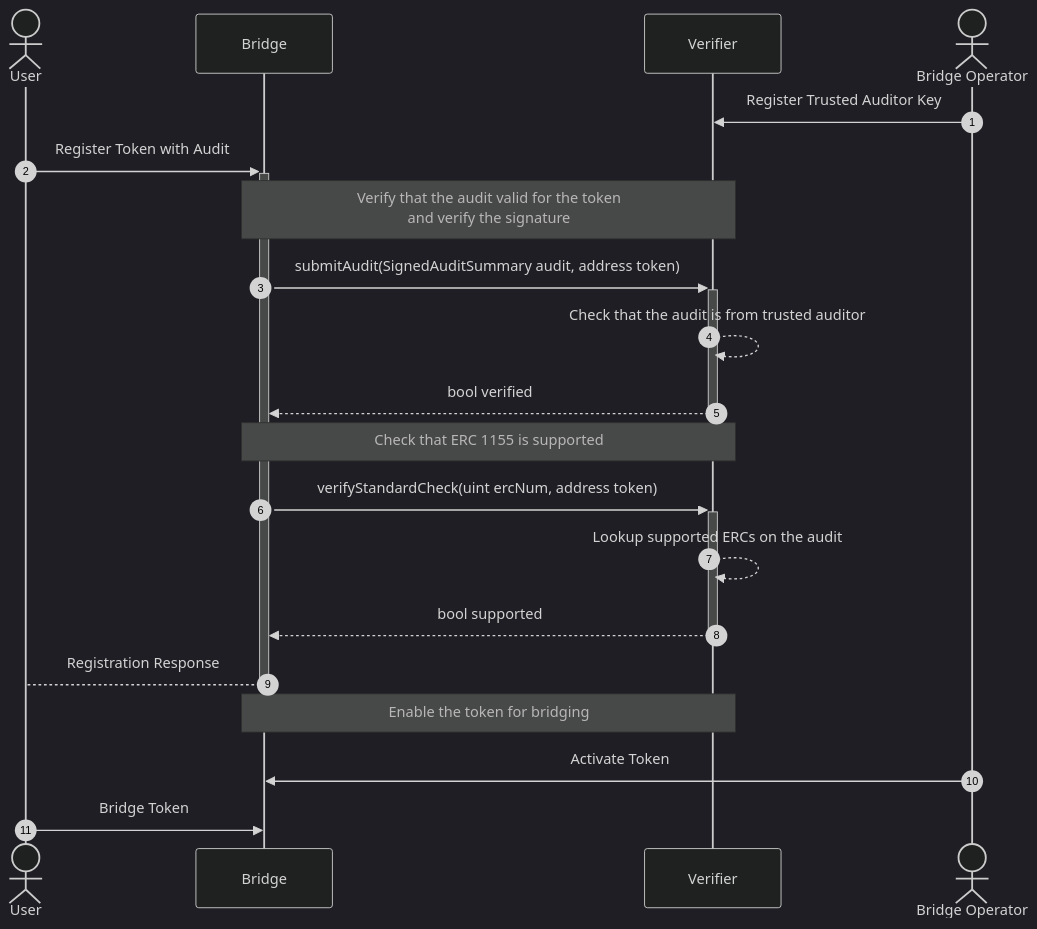
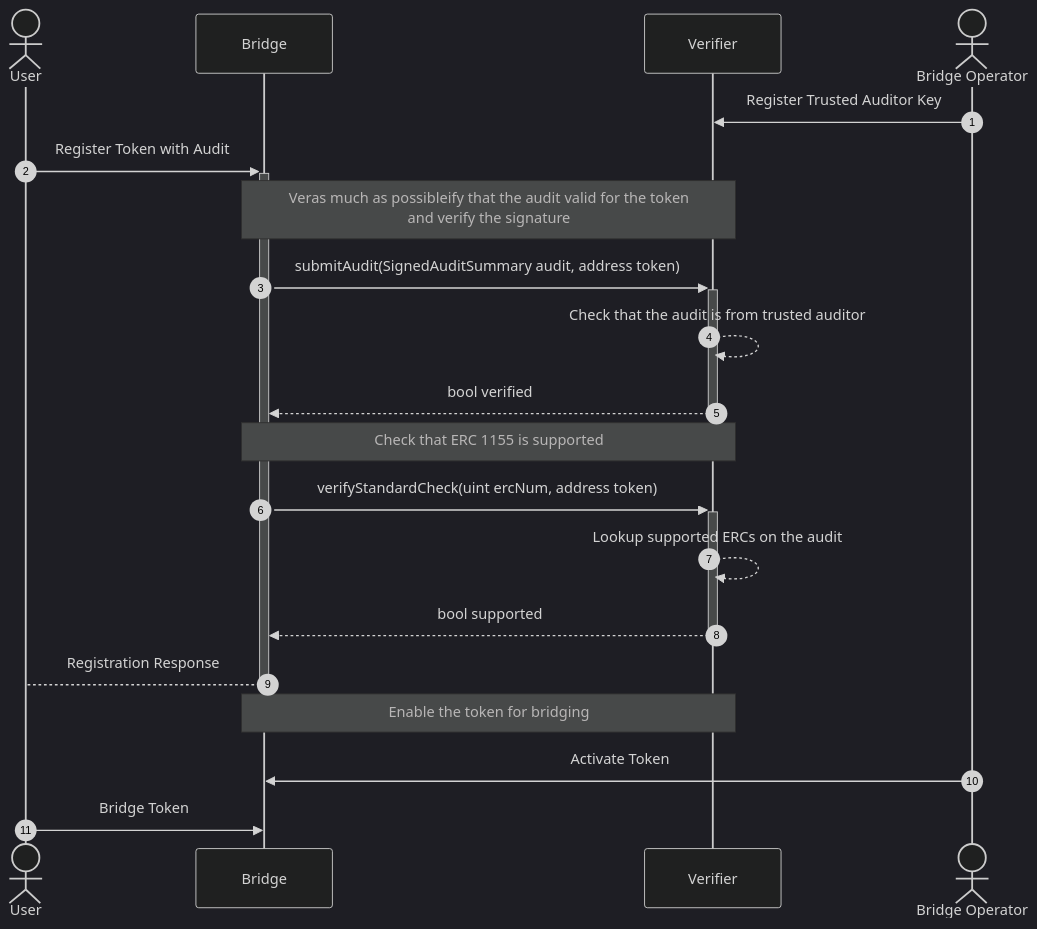
The diagram in EIPS/eip-xxx.md (ethereum/EIPs), drawn with Mermaid (dark theme) before and after one commit. The commit also changed other lines of this file, not shown here.

Commit message:
Fix audit header

````diff
--- a/EIPS/eip-xxx.md
+++ b/EIPS/eip-xxx.md
@@ -33,23 +36,23 @@
 ```mermaid
 sequenceDiagram
 	autonumber
 	actor U as User
 	participant B as Bridge
 	participant V as Verifier
 	actor O as Bridge Operator
 	O->>V: Register Trusted Auditor Key
 	U->>+B: Register Token with Audit
-	Note over B,V: Verify that the audit valid for the token<br>and verify the signature 
+	Note over B,V: Veras much as possibleify that the audit valid for the token<br>and verify the signature 
 	B->>+V: submitAudit(SignedAuditSummary audit, address token)
 	V-->>V: Check that the audit is from trusted auditor
 	V-->>-B: bool verified
 	Note over B,V: Check that ERC 1155 is supported
 	B->>+V: verifyStandardCheck(uint ercNum, address token)
 	V-->>V: Lookup supported ERCs on the audit
 	V-->>-B: bool supported
 	B-->-U: Registration Response
 	Note over B,V: Enable the token for bridging
 	O->>B: Activate Token
 	U->>B: Bridge Token
 	
 ```
````
